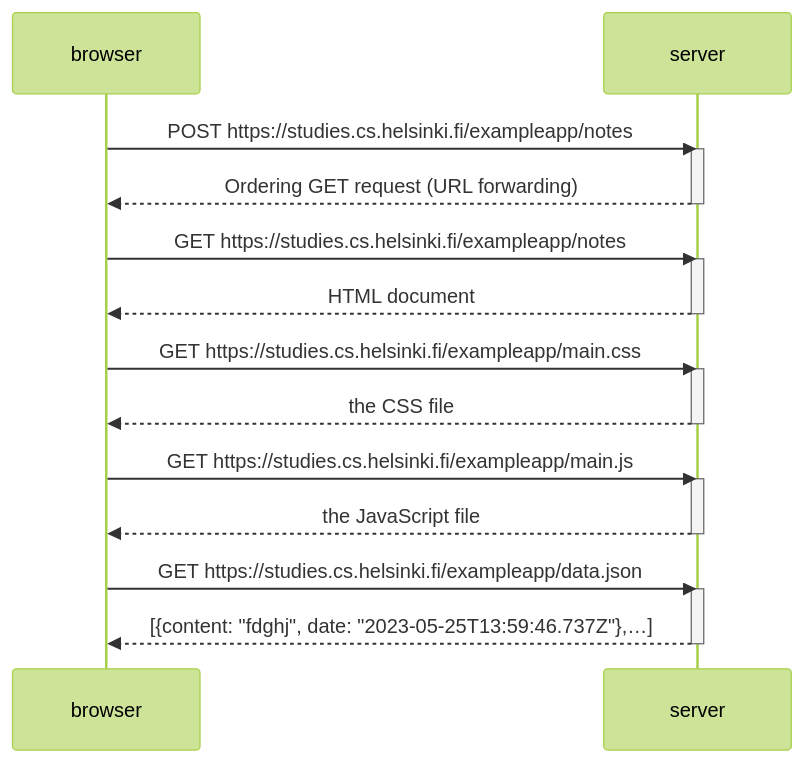
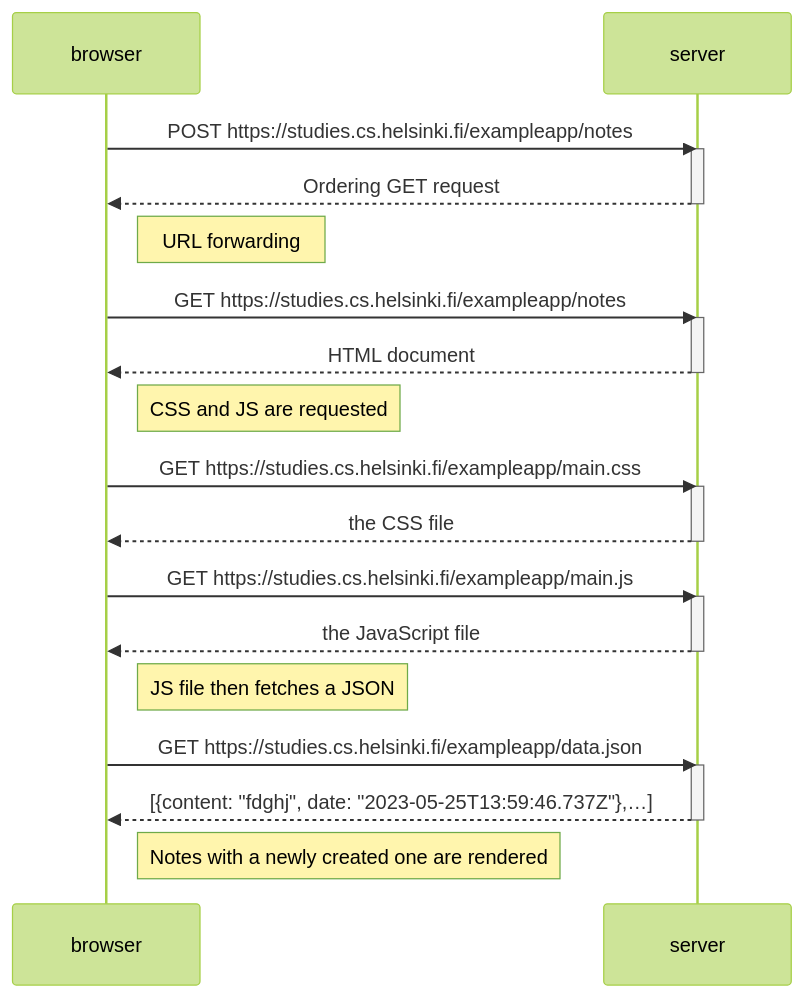
Before and after one commit to oh-bekzat/fullstack23: the diagram in part0/```mermaid.md, drawn with Mermaid (forest theme). The commit also changed other lines of this file, not shown here.

````diff
--- a/part0/```mermaid.md
+++ b/part0/```mermaid.md
@@ -1,30 +1,38 @@
 ```mermaid
 sequenceDiagram
     participant browser
     participant server
 
     browser->>server: POST https://studies.cs.helsinki.fi/exampleapp/notes
     activate server
-    server-->>browser: Ordering GET request (URL forwarding)
+    server-->>browser: Ordering GET request
     deactivate server
+
+    Note right of browser: URL forwarding
 
     browser->>server: GET https://studies.cs.helsinki.fi/exampleapp/notes
     activate server
     server-->>browser: HTML document
     deactivate server
+
+    Note right of browser: CSS and JS are requested
 
     browser->>server: GET https://studies.cs.helsinki.fi/exampleapp/main.css
     activate server
     server-->>browser: the CSS file
     deactivate server
 
     browser->>server: GET https://studies.cs.helsinki.fi/exampleapp/main.js
     activate server
     server-->>browser: the JavaScript file
     deactivate server
 
+    Note right of browser: JS file then fetches a JSON
+
     browser->>server: GET https://studies.cs.helsinki.fi/exampleapp/data.json
     activate server
     server-->>browser: [{content: "fdghj", date: "2023-05-25T13:59:46.737Z"},…]
     deactivate server
+
+    Note right of browser: Notes with a newly created one are rendered
 ```
````
